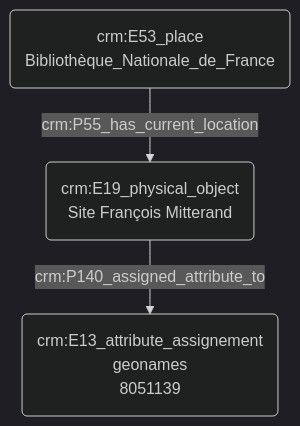
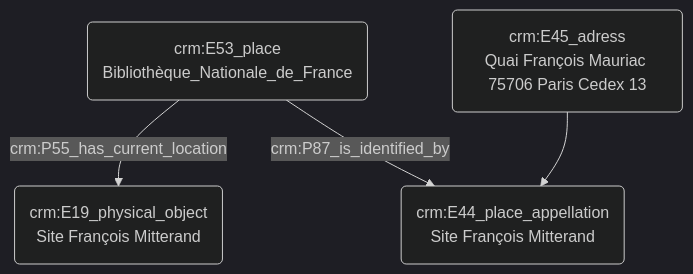
The diagram in modules/livrables/Dossier 2/Indexation conceptuelle/indexation_d_un_lieu.md (Amleth/consortium-musica2-gt2-ontologies), drawn with Mermaid (dark theme) before and after one commit.

````diff
--- a/modules/livrables/Dossier 2/Indexation conceptuelle/indexation_d_un_lieu.md
+++ b/modules/livrables/Dossier 2/Indexation conceptuelle/indexation_d_un_lieu.md
@@ -11,10 +11,12 @@
 ```mermaid
 graph TD;
 
 A(crm:E53_place<br>Bibliothèque_Nationale_de_France) --> |crm:P55_has_current_location| B(crm:E19_physical_object<br>Site François Mitterand)
-B(crm:E19_physical_object<br>Site François Mitterand) --> |crm:P140_assigned_attribute_to| C(crm:E13_attribute_assignement<br>geonames<br>8051139)
+A(crm:E53_place<br>Bibliothèque_Nationale_de_France) --> |crm:P87_is_identified_by| C(crm:E44_place_appellation<br>Site François Mitterand)
+D(crm:E45_adress<br>Quai François Mauriac 75706 Paris Cedex 13) --> C(crm:E44_place_appellation<br>Site François Mitterand)
+
 
 
 
 
 ```
````
